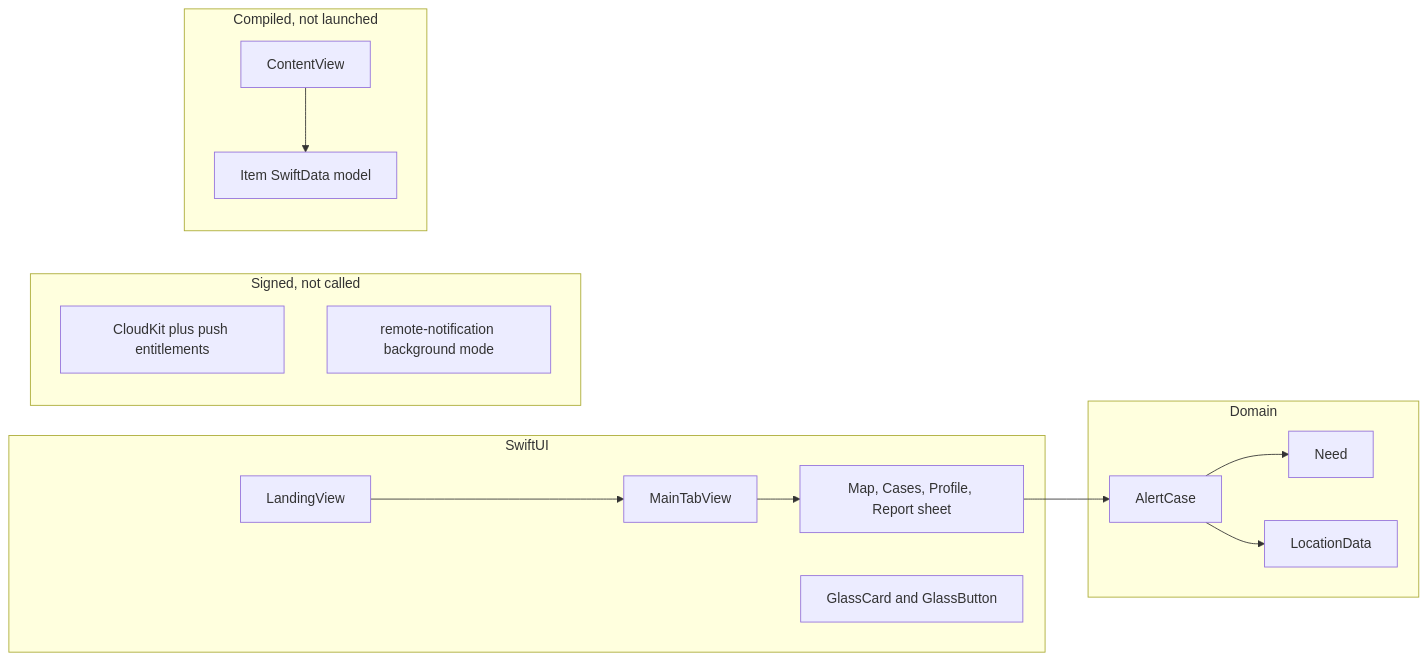
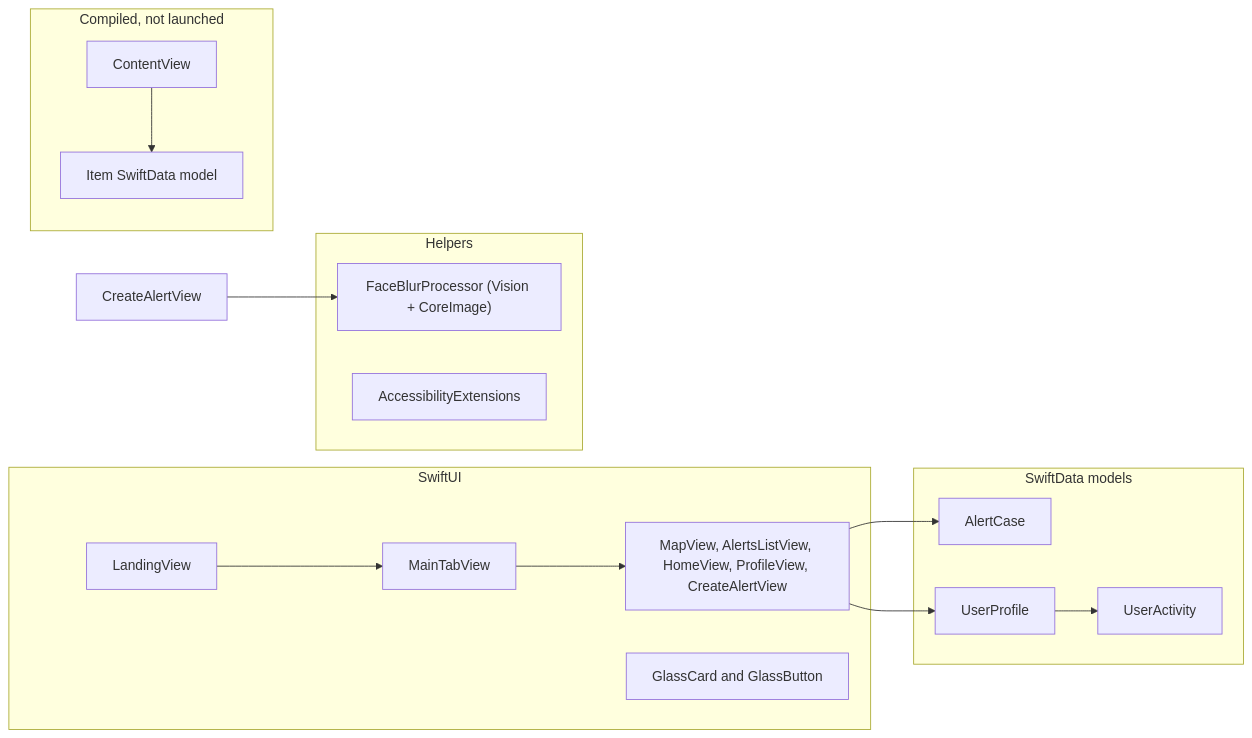
One commit to betallsoph/the-warmth changed the third of 4 diagrams in README.md. Above: the diagram before and after it, drawn with Mermaid. The commit also changed other lines of this file, not shown here.

````diff
--- a/README.md
+++ b/README.md
@@ -83,20 +95,22 @@
 ```mermaid
 flowchart LR
     subgraph ui [SwiftUI]
         LandingView --> MainTabView
-        MainTabView --> Placeholders["Map, Cases, Profile, Report sheet"]
+        MainTabView --> Screens["MapView, AlertsListView, HomeView, ProfileView, CreateAlertView"]
         Components["GlassCard and GlassButton"]
     end
-    subgraph domain [Domain]
-        AlertCase --> Need
-        AlertCase --> LocationData
+    subgraph domain [SwiftData models]
+        AlertCase
+        UserProfile --> UserActivity
     end
-    subgraph platform [Signed, not called]
-        Entitlements["CloudKit plus push entitlements"]
-        Plist["remote-notification background mode"]
+    subgraph services [Helpers]
+        FaceBlurProcessor["FaceBlurProcessor (Vision + CoreImage)"]
+        A11y["AccessibilityExtensions"]
     end
     subgraph template [Compiled, not launched]
         ContentView --> Item["Item SwiftData model"]
     end
-    Placeholders --> AlertCase
+    Screens --> AlertCase
+    Screens --> UserProfile
+    CreateAlertView --> FaceBlurProcessor
 ```
````
